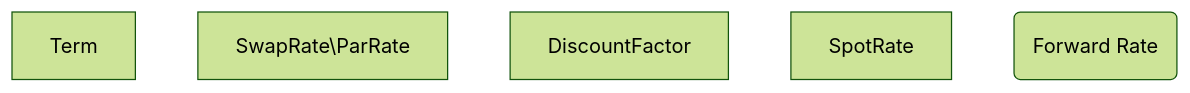
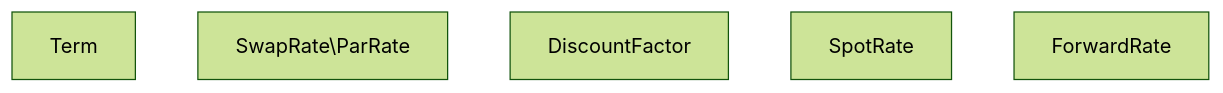
One commit to IanMadlenya/Macroeconometirc-Models-and-Yield-Curve-Sensitivity changed the diagram in README.md. Above: the diagram before and after it, drawn with Mermaid (forest theme). The commit also changed other lines of this file, not shown here.

````diff
--- a/README.md
+++ b/README.md
@@ -94,7 +101,4 @@
 ```mermaid
 graph TD;
-Term;SwapRate\ParRate;DiscountFactor;SpotRate;
-h(Forward Rate);
-
-
+Term;SwapRate\ParRate;DiscountFactor;SpotRate;ForwardRate
 ```
````
